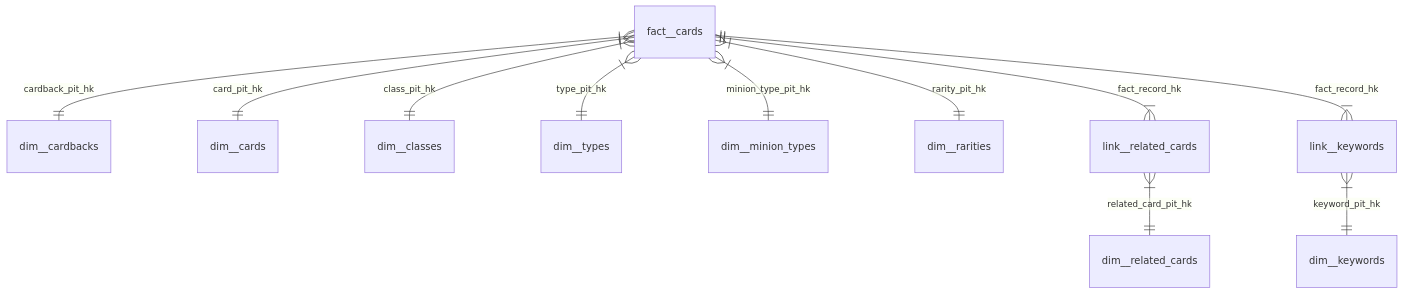
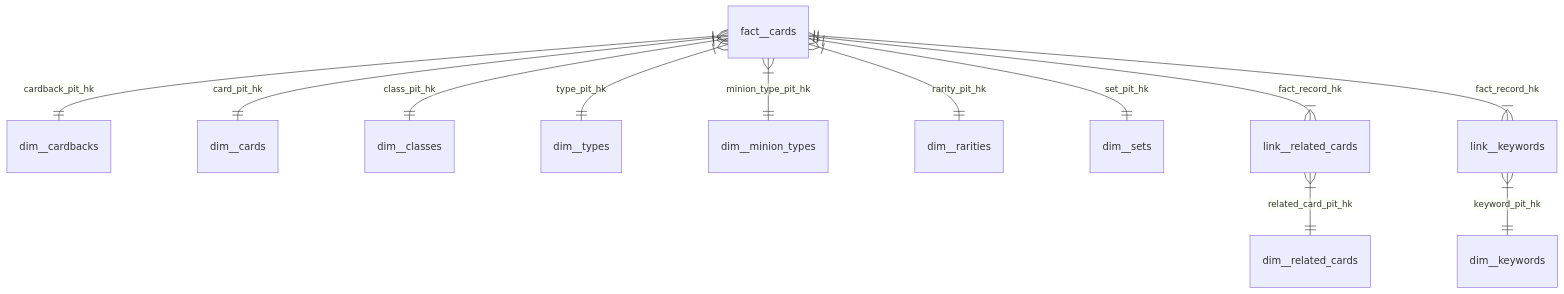
One commit to mattiasthalen/arcane-insight changed the second of 2 diagrams in README.md. Above: the diagram before and after it, drawn with Mermaid. The commit also changed 5 other files, not shown here.

Commit message:
Add dim__sets

````diff
--- a/README.md
+++ b/README.md
@@ -35,15 +35,16 @@
 ```mermaid
 erDiagram
     fact__cards }|--|| dim__cardbacks: "cardback_pit_hk"
     fact__cards }|--|| dim__cards: "card_pit_hk"
     fact__cards }|--|| dim__classes: "class_pit_hk"
     fact__cards }|--|| dim__types: "type_pit_hk"
     fact__cards }|--|| dim__minion_types: "minion_type_pit_hk"
     fact__cards }|--|| dim__rarities: "rarity_pit_hk"
+    fact__cards }|--|| dim__sets: "set_pit_hk"
     
     fact__cards ||--|{ link__related_cards: "fact_record_hk"
     link__related_cards }|--|| dim__related_cards: "related_card_pit_hk"
     
     fact__cards ||--|{ link__keywords: "fact_record_hk"
     link__keywords }|--|| dim__keywords: "keyword_pit_hk"
 ```
````
